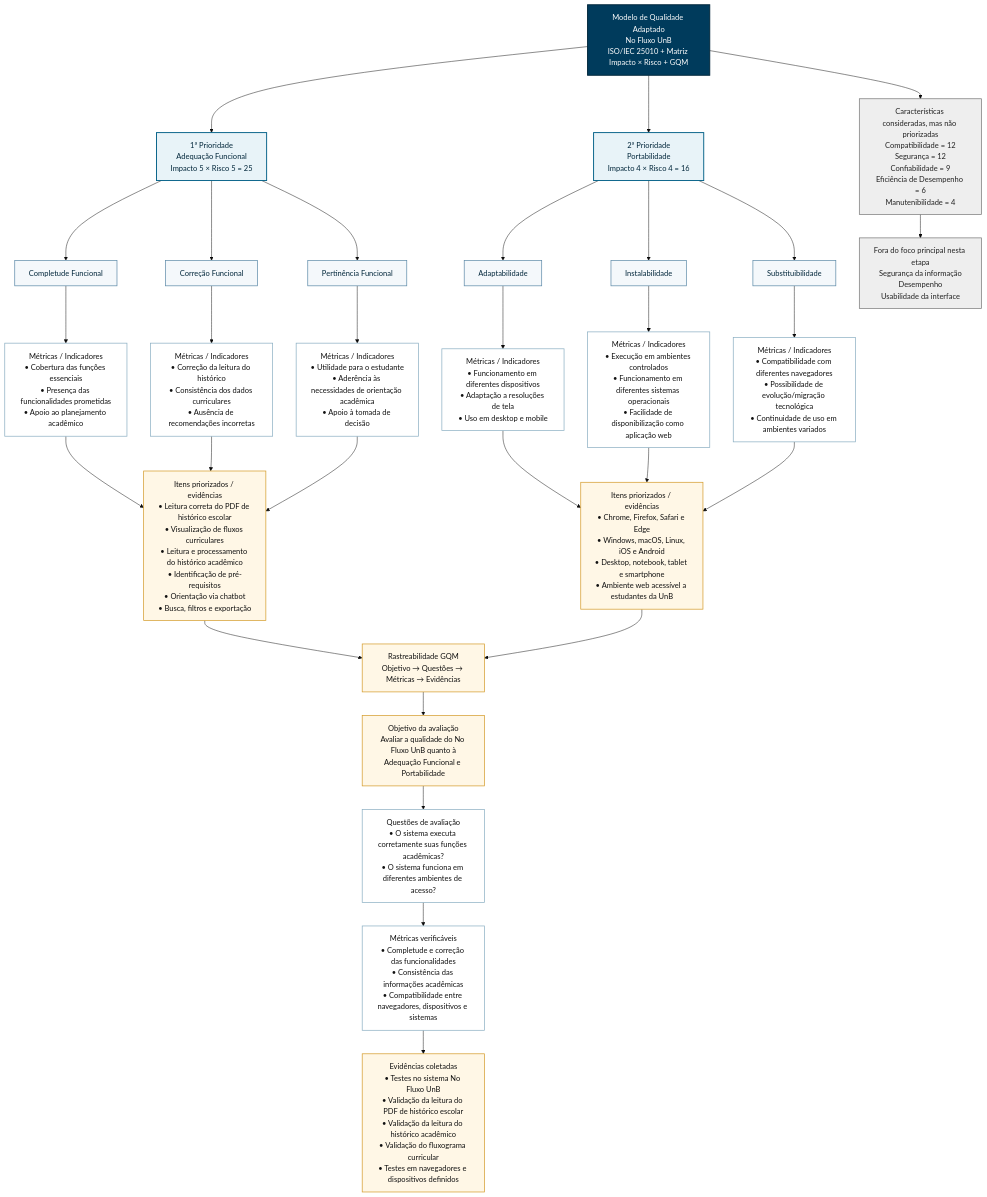
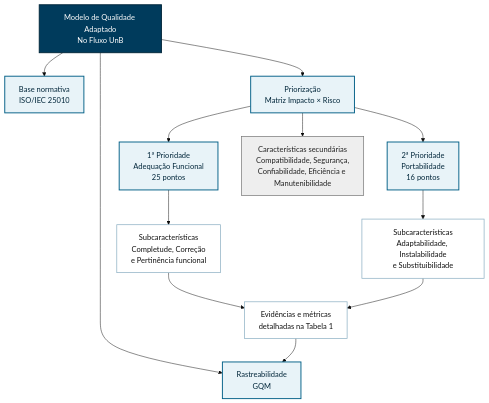
Before and after one commit to FCTE-Qualidade-de-Software-1/2026-1_T01_HEDY_LAMAR: the diagram in docs/fase1/05_modelo_de_qualidade.md, drawn with Mermaid (base theme). The commit also changed other lines of this file, not shown here.

Commit message:
docs: reorganize quality model diagram for improved clarity and readability

````diff
--- a/docs/fase1/05_modelo_de_qualidade.md
+++ b/docs/fase1/05_modelo_de_qualidade.md
@@ -15,71 +15,29 @@
 ```mermaid
 flowchart TD
-    A["Modelo de Qualidade Adaptado<br/>No Fluxo UnB<br/>ISO/IEC 25010 + Matriz Impacto × Risco + GQM"]
+    A["Modelo de Qualidade Adaptado<br/>No Fluxo UnB"]
 
-    A --> AF["1ª Prioridade<br/>Adequação Funcional<br/>Impacto 5 × Risco 5 = 25"]
-    A --> PO["2ª Prioridade<br/>Portabilidade<br/>Impacto 4 × Risco 4 = 16"]
+    A --> ISO["Base normativa<br/>ISO/IEC 25010"]
+    A --> PRI["Priorização<br/>Matriz Impacto × Risco"]
+    A --> GQM["Rastreabilidade<br/>GQM"]
 
-    %% Adequação Funcional
-    AF --> AF1["Completude Funcional"]
-    AF --> AF2["Correção Funcional"]
-    AF --> AF3["Pertinência Funcional"]
+    PRI --> AF["1ª Prioridade<br/>Adequação Funcional<br/>25 pontos"]
+    PRI --> PO["2ª Prioridade<br/>Portabilidade<br/>16 pontos"]
+    PRI --> SEC["Características secundárias<br/>Compatibilidade, Segurança,<br/>Confiabilidade, Eficiência e Manutenibilidade"]
 
-    AF1 --> AFM["Métricas / Indicadores<br/>• Cobertura das funções essenciais<br/>• Presença das funcionalidades prometidas<br/>• Apoio ao planejamento acadêmico"]
+    AF --> AFS["Subcaracterísticas<br/>Completude, Correção<br/>e Pertinência funcional"]
+    PO --> POS["Subcaracterísticas<br/>Adaptabilidade, Instalabilidade<br/>e Substituibilidade"]
 
-    AF2 --> AFM2["Métricas / Indicadores<br/>• Correção da leitura do histórico<br/>• Consistência dos dados curriculares<br/>• Ausência de recomendações incorretas"]
+    AFS --> EVI["Evidências e métricas<br/>detalhadas na Tabela 1"]
+    POS --> EVI
+    EVI --> GQM
 
-    AF3 --> AFM3["Métricas / Indicadores<br/>• Utilidade para o estudante<br/>• Aderência às necessidades de orientação acadêmica<br/>• Apoio à tomada de decisão"]
-
-    AFM --> AFO["Itens priorizados / evidências<br/>• Leitura correta do PDF de histórico escolar<br/>• Visualização de fluxos curriculares<br/>• Leitura e processamento do histórico acadêmico<br/>• Identificação de pré-requisitos<br/>• Orientação via chatbot<br/>• Busca, filtros e exportação"]
-
-    AFM2 --> AFO
-    AFM3 --> AFO
-
-    %% Portabilidade
-    PO --> PO1["Adaptabilidade"]
-    PO --> PO2["Instalabilidade"]
-    PO --> PO3["Substituibilidade"]
-
-    PO1 --> POM["Métricas / Indicadores<br/>• Funcionamento em diferentes dispositivos<br/>• Adaptação a resoluções de tela<br/>• Uso em desktop e mobile"]
-
-    PO2 --> POM2["Métricas / Indicadores<br/>• Execução em ambientes controlados<br/>• Funcionamento em diferentes sistemas operacionais<br/>• Facilidade de disponibilização como aplicação web"]
-
-    PO3 --> POM3["Métricas / Indicadores<br/>• Compatibilidade com diferentes navegadores<br/>• Possibilidade de evolução/migração tecnológica<br/>• Continuidade de uso em ambientes variados"]
-
-    POM --> POO["Itens priorizados / evidências<br/>• Chrome, Firefox, Safari e Edge<br/>• Windows, macOS, Linux, iOS e Android<br/>• Desktop, notebook, tablet e smartphone<br/>• Ambiente web acessível a estudantes da UnB"]
-
-    POM2 --> POO
-    POM3 --> POO
-
-    %% Rastreabilidade
-    AFO --> GQM["Rastreabilidade GQM<br/>Objetivo → Questões → Métricas → Evidências"]
-    POO --> GQM
-
-    GQM --> OBJ["Objetivo da avaliação<br/>Avaliar a qualidade do No Fluxo UnB quanto à<br/>Adequação Funcional e Portabilidade"]
-
-    OBJ --> Q1["Questões de avaliação<br/>• O sistema executa corretamente suas funções acadêmicas?<br/>• O sistema funciona em diferentes ambientes de acesso?"]
-
-    Q1 --> M1["Métricas verificáveis<br/>• Completude e correção das funcionalidades<br/>• Consistência das informações acadêmicas<br/>• Compatibilidade entre navegadores, dispositivos e sistemas"]
-
-    M1 --> E1["Evidências coletadas<br/>• Testes no sistema No Fluxo UnB<br/>• Validação da leitura do PDF de histórico escolar<br/>• Validação da leitura do histórico acadêmico<br/>• Validação do fluxograma curricular<br/>• Testes em navegadores e dispositivos definidos"]
-
-    %% Características secundárias
-    A --> SEC["Características consideradas, mas não priorizadas<br/>Compatibilidade = 12<br/>Segurança = 12<br/>Confiabilidade = 9<br/>Eficiência de Desempenho = 6<br/>Manutenibilidade = 4"]
-
-    SEC --> FORA["Fora do foco principal nesta etapa<br/>Segurança da informação<br/>Desempenho<br/>Usabilidade da interface"]
-
-    %% Estilos
     classDef main fill:#003b5c,color:#ffffff,stroke:#00263a,stroke-width:2px;
-    classDef priority fill:#e8f3f8,color:#00263a,stroke:#005f86,stroke-width:2px;
-    classDef sub fill:#f4f8fb,color:#00263a,stroke:#5d8aa8,stroke-width:1.5px;
-    classDef metric fill:#ffffff,color:#111111,stroke:#8aaec2,stroke-width:1.5px;
-    classDef evidence fill:#fff7e6,color:#111111,stroke:#d49b2a,stroke-width:1.5px;
+    classDef base fill:#e8f3f8,color:#00263a,stroke:#005f86,stroke-width:2px;
+    classDef detail fill:#ffffff,color:#111111,stroke:#8aaec2,stroke-width:1.5px;
     classDef secondary fill:#eeeeee,color:#222222,stroke:#777777,stroke-width:1.5px;
 
     class A main;
-    class AF,PO priority;
-    class AF1,AF2,AF3,PO1,PO2,PO3 sub;
-    class AFM,AFM2,AFM3,POM,POM2,POM3,Q1,M1 metric;
-    class AFO,POO,GQM,OBJ,E1 evidence;
-    class SEC,FORA secondary;
+    class ISO,PRI,GQM,AF,PO base;
+    class AFS,POS,EVI detail;
+    class SEC secondary;
 ```
````
